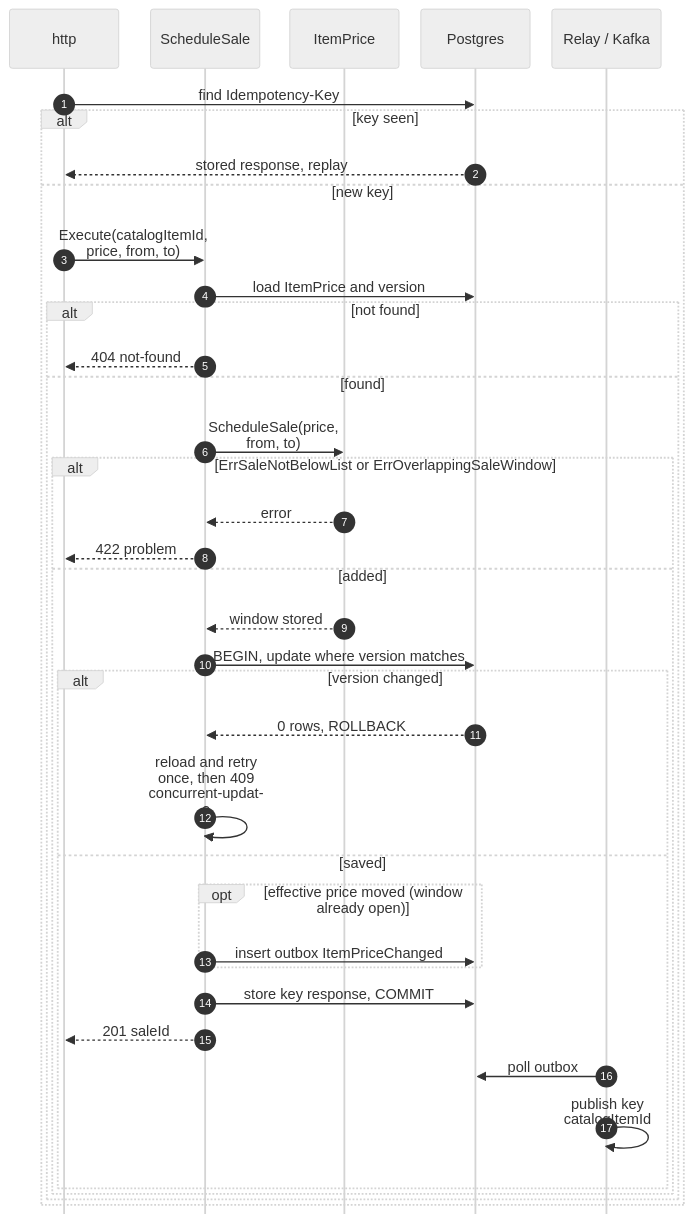
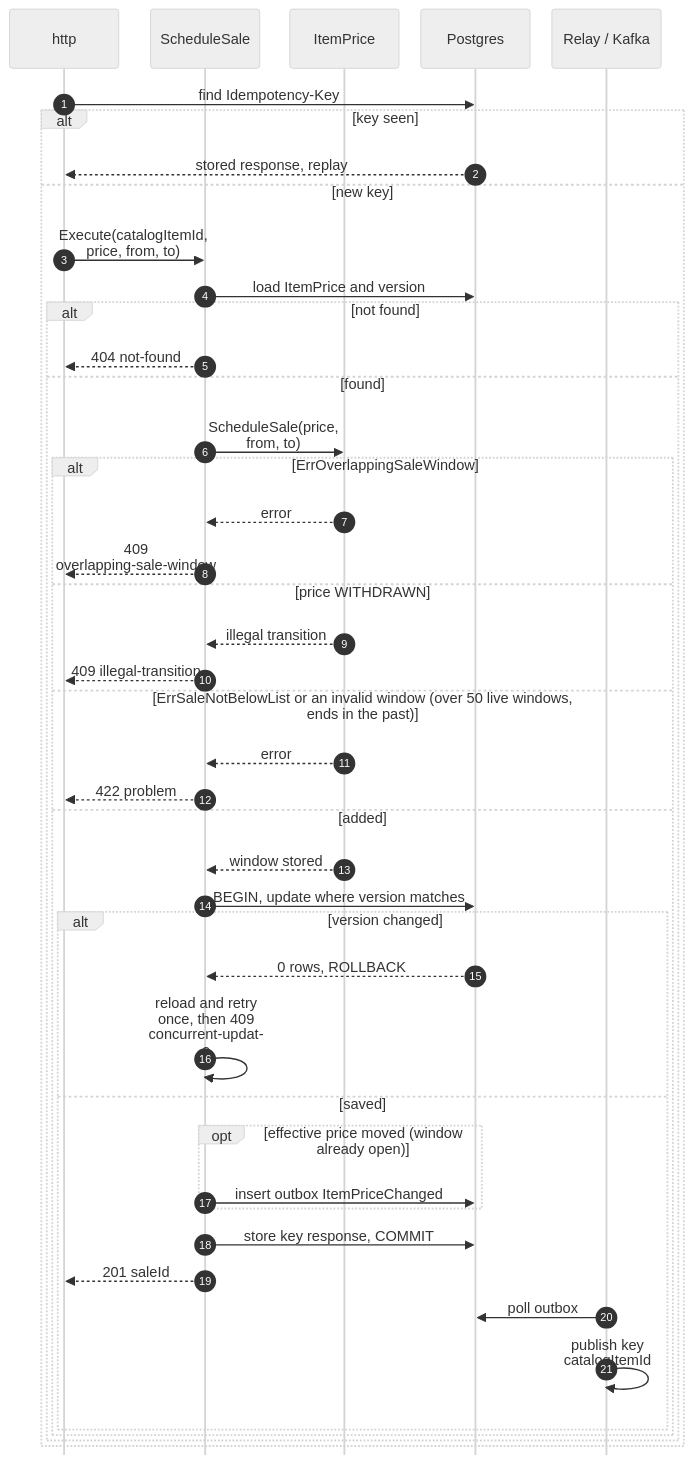
The second of 9 diagrams in storefront/docs/contexts/pricing/sequence-diagrams.md (IQVO/warehouse-docs), drawn with Mermaid (neutral theme) before and after one commit. The commit also changed other lines of this file and 4 other files, not shown here.

Commit message:
docs(storefront): pricing pack and model follow the repo (second withdraw 409, overlapping-sale-window 409, missing slugs and numeric caps, current routes)

````diff
--- a/storefront/docs/contexts/pricing/sequence-diagrams.md
+++ b/storefront/docs/contexts/pricing/sequence-diagrams.md
@@ -81,41 +81,47 @@
 ```mermaid
 %%{init: {"sequence": {"wrap": true, "width": 120, "actorMargin": 24, "messageMargin": 28, "boxMargin": 6, "noteMargin": 6, "mirrorActors": false}}}%%
 sequenceDiagram
     autonumber
     participant H as http
     participant UC as ScheduleSale
     participant A as ItemPrice
     participant DB as Postgres
     participant K as Relay / Kafka
     H->>DB: find Idempotency-Key
     alt key seen
         DB-->>H: stored response, replay
     else new key
         H->>UC: Execute(catalogItemId, price, from, to)
         UC->>DB: load ItemPrice and version
         alt not found
             UC-->>H: 404 not-found
         else found
             UC->>A: ScheduleSale(price, from, to)
-            alt ErrSaleNotBelowList or ErrOverlappingSaleWindow
+            alt ErrOverlappingSaleWindow
+                A-->>UC: error
+                UC-->>H: 409 overlapping-sale-window
+            else price WITHDRAWN
+                A-->>UC: illegal transition
+                UC-->>H: 409 illegal-transition
+            else ErrSaleNotBelowList or an invalid window (over 50 live windows, ends in the past)
                 A-->>UC: error
                 UC-->>H: 422 problem
             else added
                 A-->>UC: window stored
                 UC->>DB: BEGIN, update where version matches
                 alt version changed
                     DB-->>UC: 0 rows, ROLLBACK
                     UC->>UC: reload and retry once, then 409 concurrent-update
                 else saved
                     opt effective price moved (window already open)
                         UC->>DB: insert outbox ItemPriceChanged
                     end
                     UC->>DB: store key response, COMMIT
                     UC-->>H: 201 saleId
                     K->>DB: poll outbox
                     K->>K: publish key catalogItemId
                 end
             end
         end
     end
 ```
````
